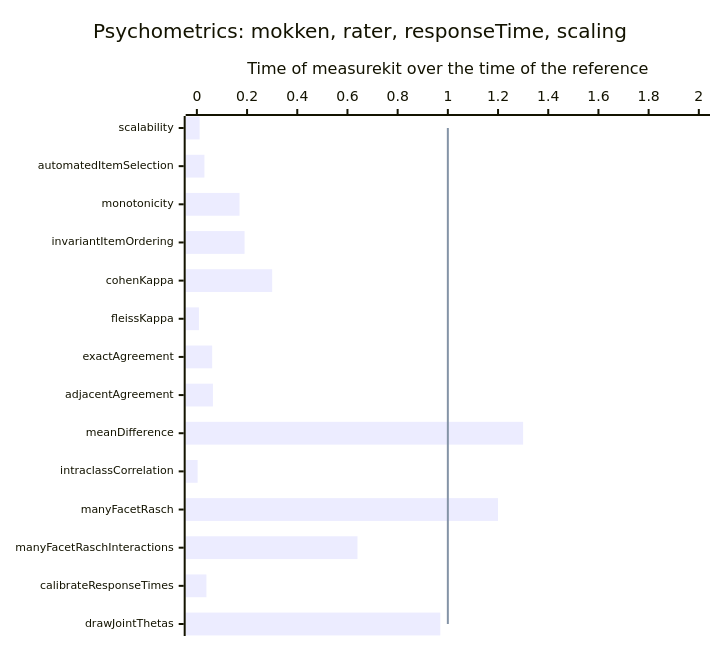
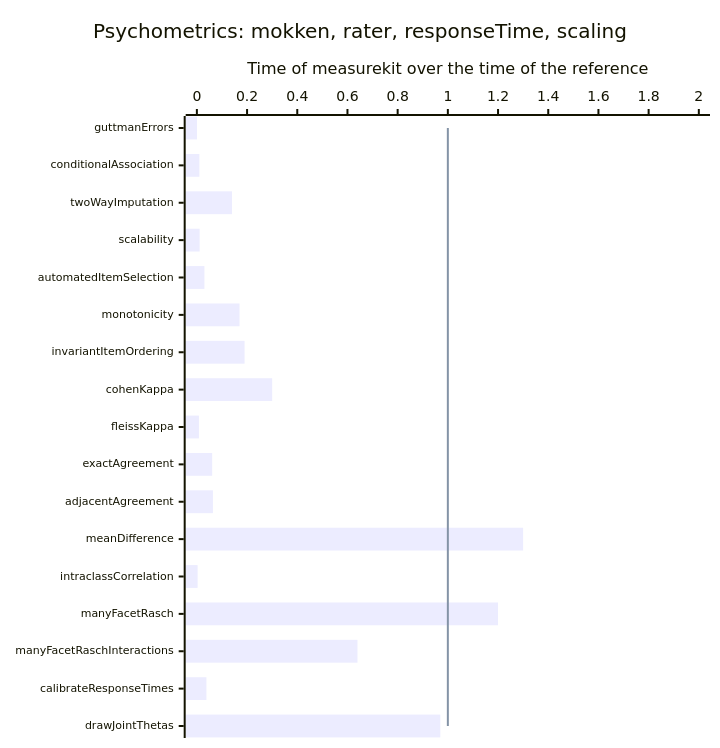
Before and after one commit to measurekit/measurekit: the ninth of 13 diagrams in docs/performance.md, drawn with Mermaid. The commit also changed other lines of this file and 4 other files, not shown here.

````diff
--- a/docs/performance.md
+++ b/docs/performance.md
@@ -83,9 +93,9 @@
 ```mermaid
-%%{init: {"xyChart": {"height": 626, "xAxis": {"labelFontSize": 11}}}}%%
+%%{init: {"xyChart": {"height": 728, "xAxis": {"labelFontSize": 11}}}}%%
 xychart-beta horizontal
   title "Psychometrics: mokken, rater, responseTime, scaling"
-  x-axis ["scalability", "automatedItemSelection", "monotonicity", "invariantItemOrdering", "cohenKappa", "fleissKappa", "exactAgreement", "adjacentAgreement", "meanDifference", "intraclassCorrelation", "manyFacetRasch", "manyFacetRaschInteractions", "calibrateResponseTimes", "drawJointThetas"]
+  x-axis ["guttmanErrors", "conditionalAssociation", "twoWayImputation", "scalability", "automatedItemSelection", "monotonicity", "invariantItemOrdering", "cohenKappa", "fleissKappa", "exactAgreement", "adjacentAgreement", "meanDifference", "intraclassCorrelation", "manyFacetRasch", "manyFacetRaschInteractions", "calibrateResponseTimes", "drawJointThetas"]
   y-axis "Time of measurekit over the time of the reference" 0 --> 2
-  bar [0.011, 0.03, 0.17, 0.19, 0.3, 0.0081, 0.061, 0.064, 1.3, 0.0029, 1.2, 0.64, 0.038, 0.97]
-  line [1, 1, 1, 1, 1, 1, 1, 1, 1, 1, 1, 1, 1, 1]
+  bar [0.00054, 0.01, 0.14, 0.011, 0.03, 0.17, 0.19, 0.3, 0.0081, 0.061, 0.064, 1.3, 0.0029, 1.2, 0.64, 0.038, 0.97]
+  line [1, 1, 1, 1, 1, 1, 1, 1, 1, 1, 1, 1, 1, 1, 1, 1, 1]
 ```
````
